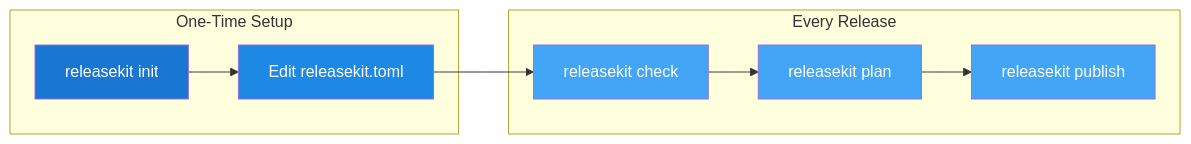
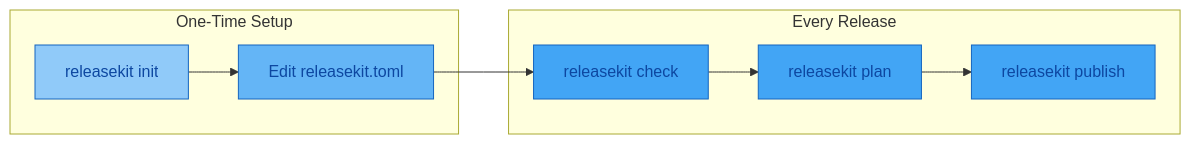
One commit to genkit-ai/genkit-python changed the diagram in tools/releasekit/docs/docs/guides/getting-started.md. Above: the diagram before and after it, drawn with Mermaid. The commit also changed other lines of this file and 208 other files, not shown here.

````diff
--- a/tools/releasekit/docs/docs/guides/getting-started.md
+++ b/tools/releasekit/docs/docs/guides/getting-started.md
@@ -39,19 +39,19 @@
 ```mermaid
 graph LR
     subgraph "One-Time Setup"
         A["releasekit init"] --> B["Edit releasekit.toml"]
     end
 
     subgraph "Every Release"
         C["releasekit check"] --> D["releasekit plan"]
         D --> E["releasekit publish"]
     end
 
     B --> C
 
-    style A fill:#1976d2,color:#fff
-    style B fill:#1e88e5,color:#fff
-    style C fill:#42a5f5,color:#fff
-    style D fill:#42a5f5,color:#fff
-    style E fill:#42a5f5,color:#fff
+    style A fill:#90caf9,stroke:#1565c0,color:#0d47a1
+    style B fill:#64b5f6,stroke:#1565c0,color:#0d47a1
+    style C fill:#42a5f5,stroke:#1565c0,color:#0d47a1
+    style D fill:#42a5f5,stroke:#1565c0,color:#0d47a1
+    style E fill:#42a5f5,stroke:#1565c0,color:#0d47a1
 ```
````
